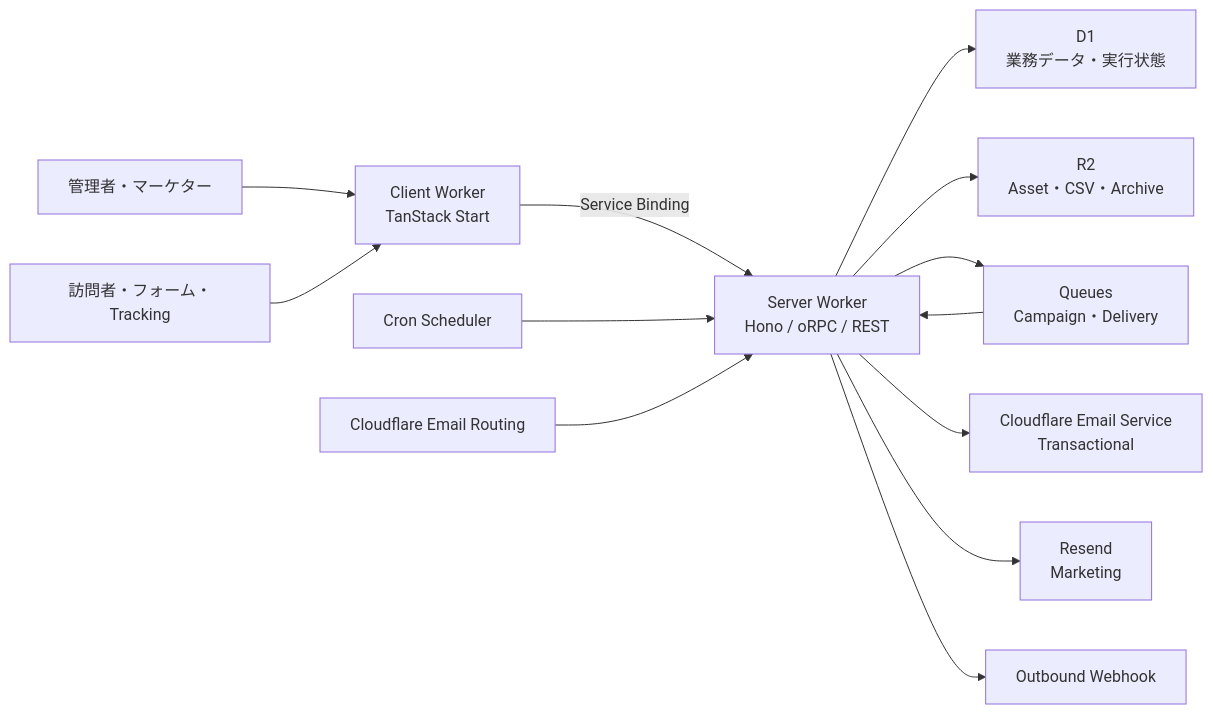
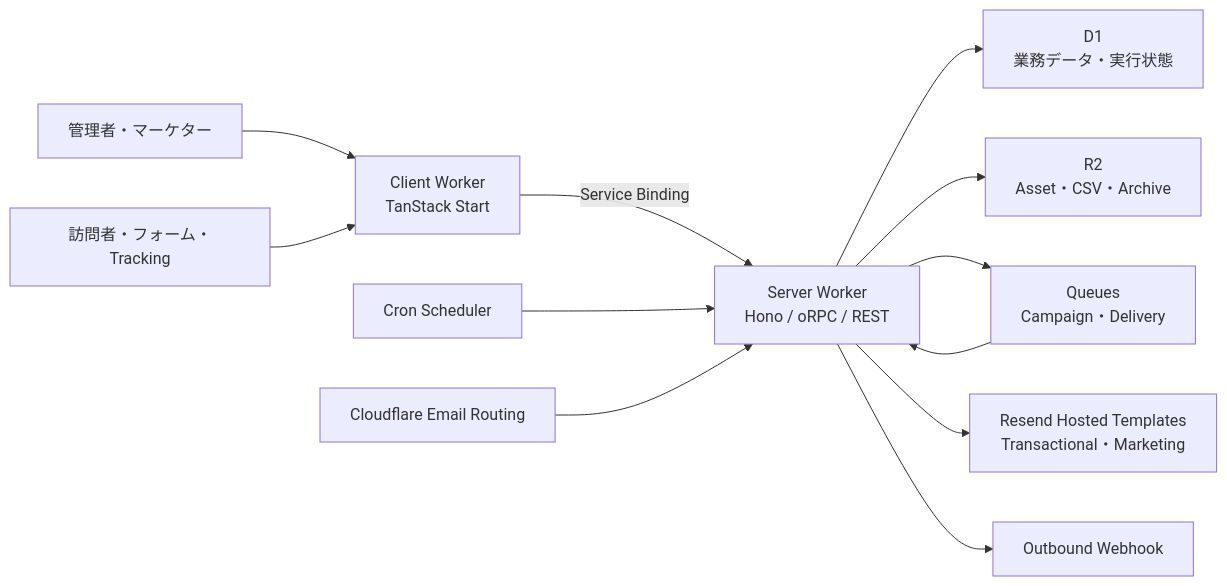
One commit to martech-oss/kaen-ma changed the diagram in README.md. Above: the diagram before and after it, drawn with Mermaid. The commit also changed other lines of this file and 41 other files, not shown here.

````diff
--- a/README.md
+++ b/README.md
@@ -36,15 +36,14 @@
 ```mermaid
 flowchart LR
     A["管理者・マーケター"] --> C["Client Worker<br>TanStack Start"]
     V["訪問者・フォーム・Tracking"] --> C
     C -->|"Service Binding"| S["Server Worker<br>Hono / oRPC / REST"]
     CR["Cron Scheduler"] --> S
     S --> D["D1<br>業務データ・実行状態"]
     S --> R["R2<br>Asset・CSV・Archive"]
     S --> Q["Queues<br>Campaign・Delivery"]
     Q --> S
-    S --> CF["Cloudflare Email Service<br>Transactional"]
-    S --> RE["Resend<br>Marketing"]
+    S --> RE["Resend Hosted Templates<br>Transactional・Marketing"]
     S --> WH["Outbound Webhook"]
     ER["Cloudflare Email Routing"] --> S
 ```
````
